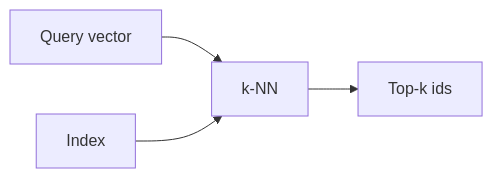
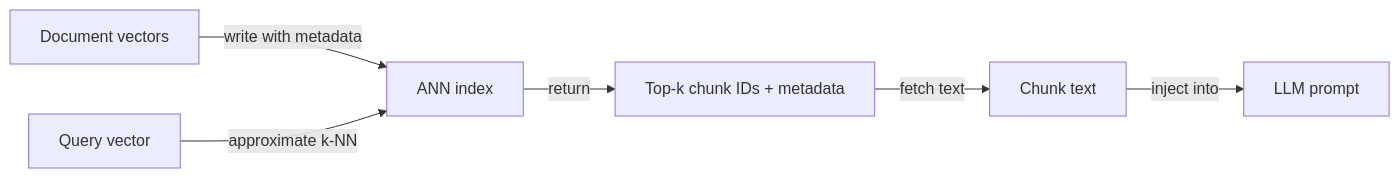
One commit to EmersonBraun/ai-summary-hub changed the first of 2 diagrams in docs/rag/vector-databases.md. Above: the diagram before and after it, drawn with Mermaid. The commit also changed other lines of this file and 77 other files, not shown here.

````diff
--- a/docs/rag/vector-databases.md
+++ b/docs/rag/vector-databases.md
@@ -19,6 +23,8 @@
 ```mermaid
 flowchart LR
-  QueryVec[Query vector] --> kNN[k-NN]
-  Index[Index] --> kNN
-  kNN --> TopK[Top-k ids]
+  Embed[Document vectors] -->|write with metadata| Index[ANN index]
+  QueryVec[Query vector] -->|approximate k-NN| Index
+  Index -->|return| TopK[Top-k chunk IDs + metadata]
+  TopK -->|fetch text| Chunks[Chunk text]
+  Chunks -->|inject into| Prompt[LLM prompt]
 ```
````
